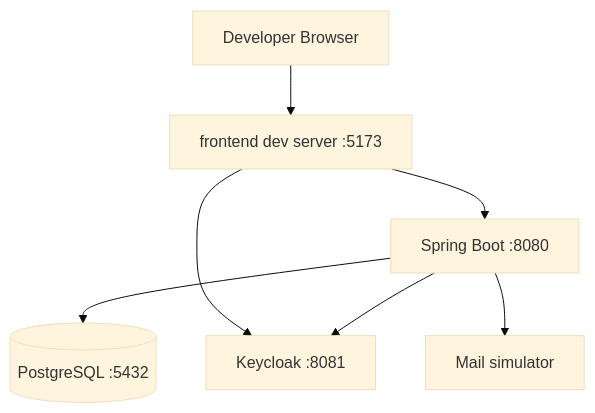
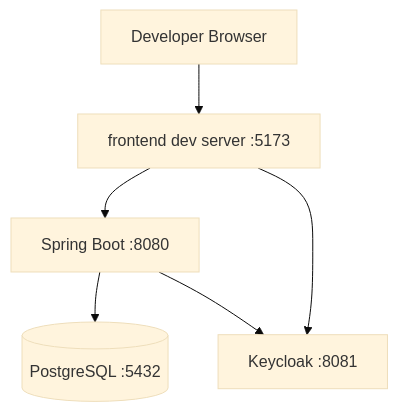
Before and after one commit to RomanticHW/cellarbridge-platform: the first of 2 diagrams in docs/03-architecture/10-deployment-topology.md, drawn with Mermaid (base theme). The commit also changed other lines of this file and 20 other files, not shown here.

````diff
--- a/docs/03-architecture/10-deployment-topology.md
+++ b/docs/03-architecture/10-deployment-topology.md
@@ -5,16 +5,14 @@
 ```mermaid
 flowchart TB
     Dev[Developer Browser]
     FE[frontend dev server :5173]
     BE[Spring Boot :8080]
     PG[(PostgreSQL :5432)]
     KC[Keycloak :8081]
-    Mail[Mail simulator]
 
     Dev --> FE
     FE --> BE
     FE --> KC
     BE --> PG
     BE --> KC
-    BE --> Mail
 ```
````
